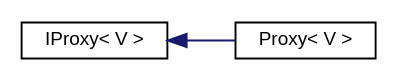
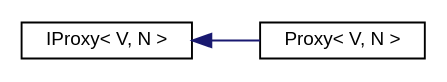
Before and after one commit to tantskii/matrix: the diagram in inherit_graph_2.dot, drawn with Graphviz. The commit also changed 95 other files, not shown here.

```diff
--- a/inherit_graph_2.dot
+++ b/inherit_graph_2.dot
@@ -1,9 +1,9 @@
 digraph "Иерархия классов. Графический вид."
 {
   edge [fontname="Helvetica",fontsize="10",labelfontname="Helvetica",labelfontsize="10"];
   node [fontname="Helvetica",fontsize="10",shape=record];
   rankdir="LR";
-  Node1 [label="IProxy\< V \>",height=0.2,width=0.4,color="black", fillcolor="white", style="filled",URL="$class_i_proxy.html",tooltip="интерфейс проски класса "];
+  Node1 [label="IProxy\< V, N \>",height=0.2,width=0.4,color="black", fillcolor="white", style="filled",URL="$class_i_proxy.html",tooltip="интерфейс проски класса "];
   Node1 -> Node2 [dir="back",color="midnightblue",fontsize="10",style="solid",fontname="Helvetica"];
-  Node2 [label="Proxy\< V \>",height=0.2,width=0.4,color="black", fillcolor="white", style="filled",URL="$class_proxy.html",tooltip="прокси класс, который будет возвращен объектом Matrix<T, Default, N> при вызове Matrix<T, Default, N>::operator[]. "];
+  Node2 [label="Proxy\< V, N \>",height=0.2,width=0.4,color="black", fillcolor="white", style="filled",URL="$class_proxy.html",tooltip="прокси класс, который будет возвращен объектом Matrix<T, Default, N> при вызове Matrix<T, Default, N>::operator[]. "];
 }
```
